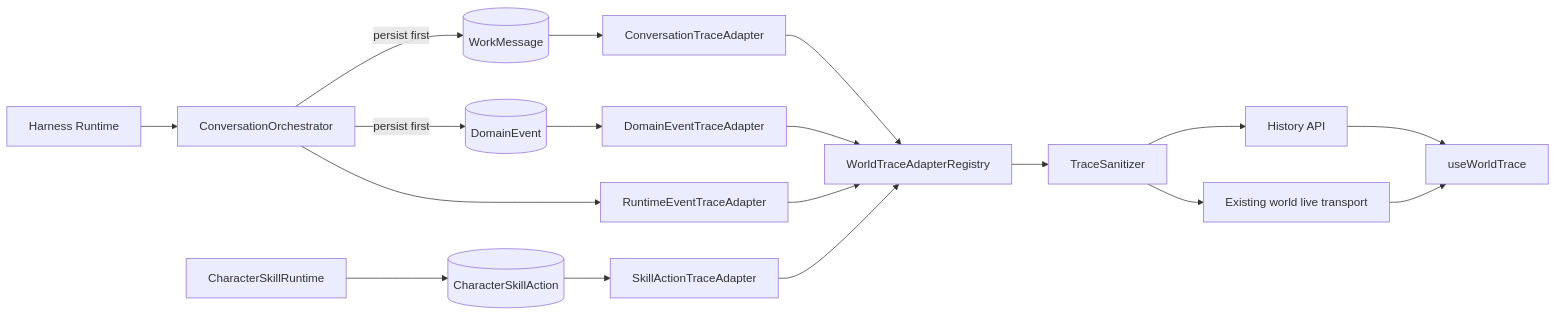
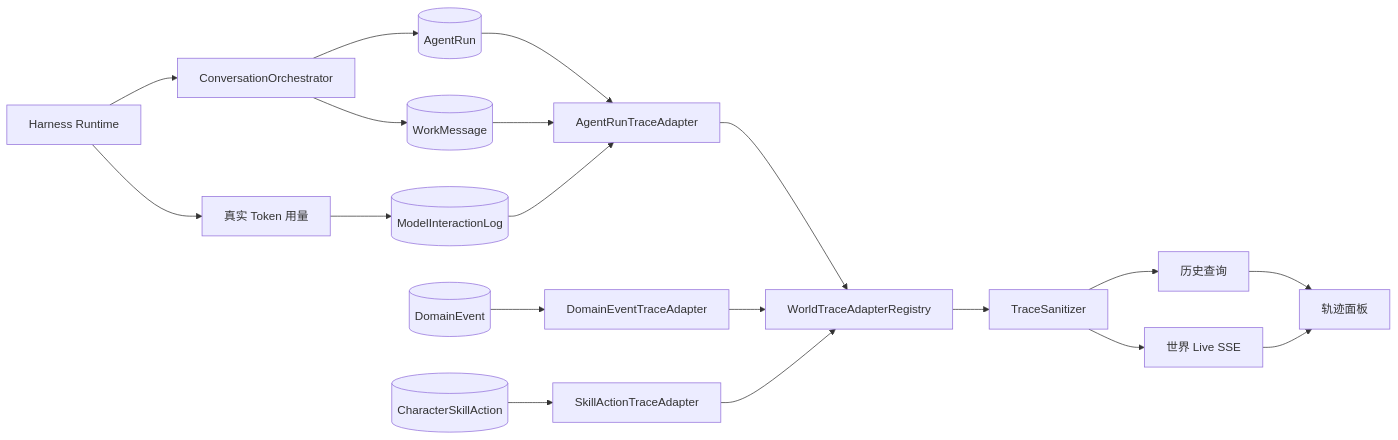
The diagram in docs/architecture/world-trace-center-v1.md (cyber-ai-agent/dsh-cyber), drawn with Mermaid before and after one commit. The commit also changed other lines of this file and 29 other files, not shown here.

````diff
--- a/docs/architecture/world-trace-center-v1.md
+++ b/docs/architecture/world-trace-center-v1.md
@@ -45,20 +26,21 @@
 ```mermaid
 flowchart LR
     H[Harness Runtime] --> O[ConversationOrchestrator]
-    O -->|persist first| M[(WorkMessage)]
-    O -->|persist first| D[(DomainEvent)]
-    S[CharacterSkillRuntime] --> A[(CharacterSkillAction)]
-    M --> C[ConversationTraceAdapter]
-    D --> E[DomainEventTraceAdapter]
-    A --> K[SkillActionTraceAdapter]
-    O --> R[RuntimeEventTraceAdapter]
-    C --> G[WorldTraceAdapterRegistry]
-    E --> G
-    K --> G
-    R --> G
+    O --> R[(AgentRun)]
+    O --> M[(WorkMessage)]
+    H --> U[真实 Token 用量]
+    U --> L[(ModelInteractionLog)]
+    R --> A[AgentRunTraceAdapter]
+    M --> A
+    L --> A
+    D[(DomainEvent)] --> B[DomainEventTraceAdapter]
+    S[(CharacterSkillAction)] --> C[SkillActionTraceAdapter]
+    A --> G[WorldTraceAdapterRegistry]
+    B --> G
+    C --> G
     G --> Z[TraceSanitizer]
-    Z --> API[History API]
-    Z --> LIVE[Existing world live transport]
-    API --> UI[useWorldTrace]
+    Z --> API[历史查询]
+    Z --> LIVE[世界 Live SSE]
+    API --> UI[轨迹面板]
     LIVE --> UI
 ```
````
